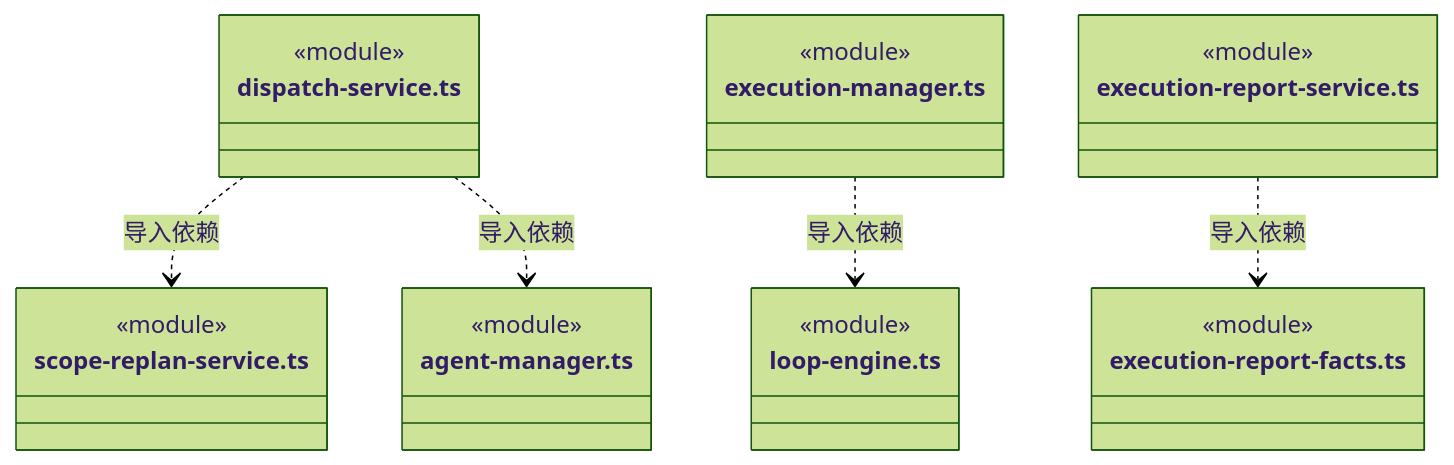
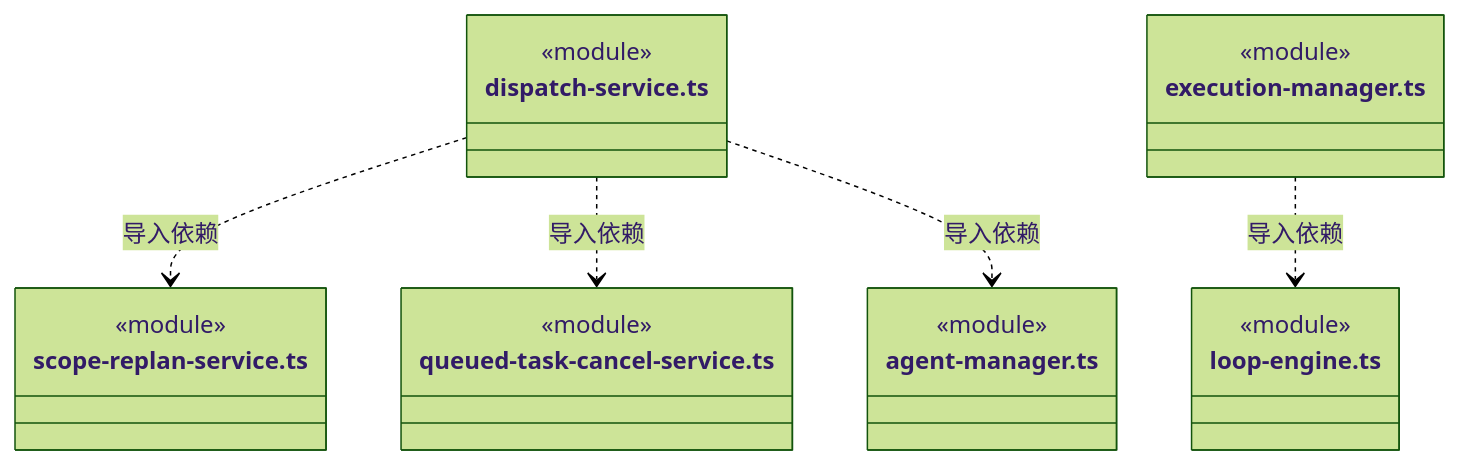
One commit to nan023062/cbim changed diagram 34 of 40 in src/backend/scheduler-engine/execution/ARCHITECTURE.md. Above: the diagram before and after it, drawn with Mermaid (forest theme). The commit also changed other lines of this file and 46 other files, not shown here.

````diff
--- a/src/backend/scheduler-engine/execution/ARCHITECTURE.md
+++ b/src/backend/scheduler-engine/execution/ARCHITECTURE.md
@@ -908,28 +929,25 @@
 ```mermaid
 classDiagram
 class N_src_backend_scheduler_engine_execution_dispatch_service_ts["dispatch-service.ts"] {
   <<module>>
 }
 class N_src_backend_scheduler_engine_execution_scope_replan_service_ts["scope-replan-service.ts"] {
+  <<module>>
+}
+class N_src_backend_scheduler_engine_execution_queued_task_cancel_service_ts["queued-task-cancel-service.ts"] {
   <<module>>
 }
 class N_src_backend_scheduler_engine_execution_agent_manager_ts["agent-manager.ts"] {
   <<module>>
 }
 class N_src_backend_scheduler_engine_execution_execution_manager_ts["execution-manager.ts"] {
   <<module>>
 }
 class N_src_backend_scheduler_engine_execution_loop_engine_ts["loop-engine.ts"] {
   <<module>>
 }
-class N_src_backend_scheduler_engine_execution_execution_report_service_ts["execution-report-service.ts"] {
-  <<module>>
-}
-class N_src_backend_scheduler_engine_execution_execution_report_facts_ts["execution-report-facts.ts"] {
-  <<module>>
-}
 N_src_backend_scheduler_engine_execution_dispatch_service_ts ..> N_src_backend_scheduler_engine_execution_scope_replan_service_ts : 导入依赖
+N_src_backend_scheduler_engine_execution_dispatch_service_ts ..> N_src_backend_scheduler_engine_execution_queued_task_cancel_service_ts : 导入依赖
 N_src_backend_scheduler_engine_execution_dispatch_service_ts ..> N_src_backend_scheduler_engine_execution_agent_manager_ts : 导入依赖
 N_src_backend_scheduler_engine_execution_execution_manager_ts ..> N_src_backend_scheduler_engine_execution_loop_engine_ts : 导入依赖
-N_src_backend_scheduler_engine_execution_execution_report_service_ts ..> N_src_backend_scheduler_engine_execution_execution_report_facts_ts : 导入依赖
 ```
````
